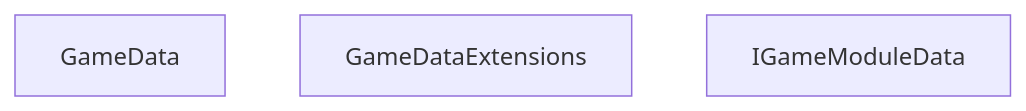
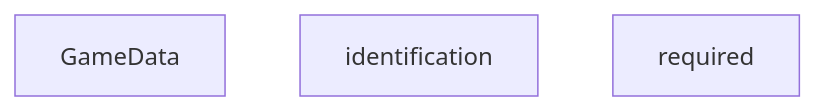
The diagram in GameModule/GameModuleDTO/Core/GameModule/GameModuleRead.md (MgCohen/Scaffold), drawn with Mermaid before and after one commit. The commit also changed other lines of this file and 94 other files, not shown here.

````diff
--- a/GameModule/GameModuleDTO/Core/GameModule/GameModuleRead.md
+++ b/GameModule/GameModuleDTO/Core/GameModule/GameModuleRead.md
@@ -24,6 +24,6 @@
 ```mermaid
 graph TD
     GameData[GameData]
-    GameDataExtensions[GameDataExtensions]
-    IGameModuleData[IGameModuleData]
+    identification[identification]
+    required[required]
 ```
````
